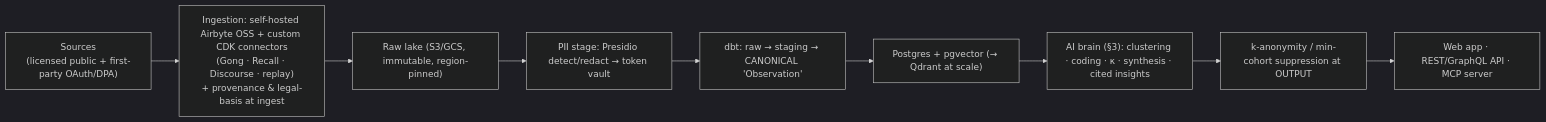
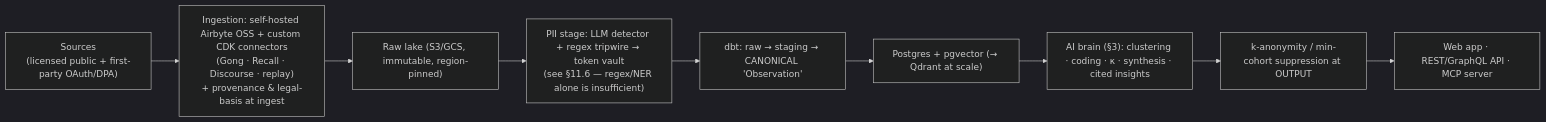
One commit to goinghamm9/Experimentation changed the second of 2 diagrams in digital-ethnography/docs/STRATEGY_AND_ARCHITECTURE.md. Above: the diagram before and after it, drawn with Mermaid (dark theme). The commit also changed other lines of this file and 1 other file, not shown here.

````diff
--- a/digital-ethnography/docs/STRATEGY_AND_ARCHITECTURE.md
+++ b/digital-ethnography/docs/STRATEGY_AND_ARCHITECTURE.md
@@ -357,13 +373,13 @@
 ```mermaid
 flowchart LR
     SRC["Sources<br/>(licensed public + first-party OAuth/DPA)"]
     ING["Ingestion: self-hosted Airbyte OSS + custom CDK connectors<br/>(Gong · Recall · Discourse · replay)<br/>+ provenance & legal-basis at ingest"]
     LAKE["Raw lake (S3/GCS, immutable, region-pinned)"]
-    PII["PII stage: Presidio detect/redact → token vault"]
+    PII["PII stage: LLM detector + regex tripwire → token vault<br/>(see §11.6 — regex/NER alone is insufficient)"]
     CANON["dbt: raw → staging → CANONICAL 'Observation'"]
     STORE["Postgres + pgvector (→ Qdrant at scale)"]
     ANALYSIS["AI brain (§3): clustering · coding · κ · synthesis · cited insights"]
     KANON["k-anonymity / min-cohort suppression at OUTPUT"]
     SURF["Web app · REST/GraphQL API · MCP server"]
     SRC --> ING --> LAKE --> PII --> CANON --> STORE --> ANALYSIS --> KANON --> SURF
 ```
````
